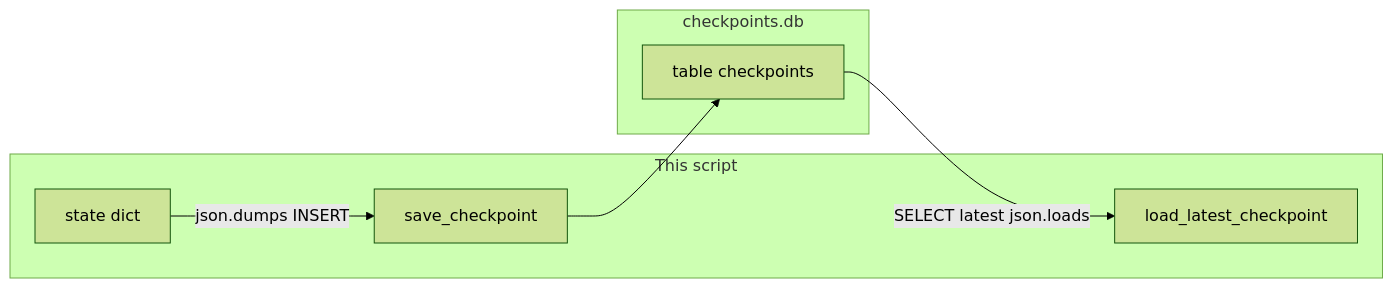
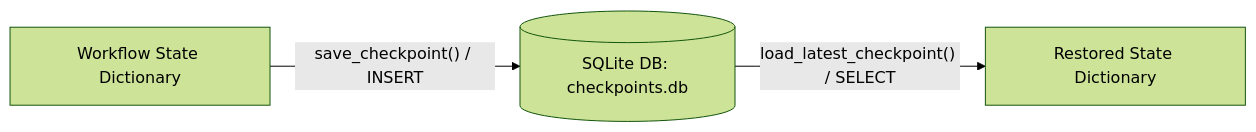
Before and after one commit to jacobbweber/AgenticAI-Labs: the diagram in education/07_the_state/lab2_state_checkpointer.md, drawn with Mermaid (forest theme). The commit also changed other lines of this file and 123 other files, not shown here.

````diff
--- a/education/07_the_state/lab2_state_checkpointer.md
+++ b/education/07_the_state/lab2_state_checkpointer.md
@@ -16,14 +21,5 @@
 ```mermaid
 flowchart LR
-    subgraph lab2_state_script [This script]
-        ST["state dict"]
-        SAVE["save_checkpoint"]
-        LOAD["load_latest_checkpoint"]
-    end
-    subgraph lab2_state_db [checkpoints.db]
-        TBL["table checkpoints"]
-    end
-    ST -->|"json.dumps INSERT"| SAVE
-    SAVE --> TBL
-    TBL -->|"SELECT latest json.loads"| LOAD
+    A["Workflow State Dictionary"] -->|"save_checkpoint() / INSERT"| B[("SQLite DB: checkpoints.db")]
+    B -->|"load_latest_checkpoint() / SELECT"| C["Restored State Dictionary"]
 ```
````
